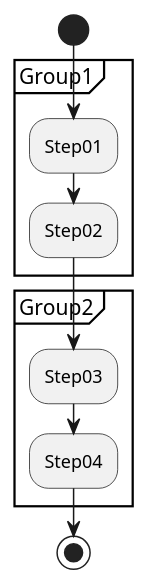
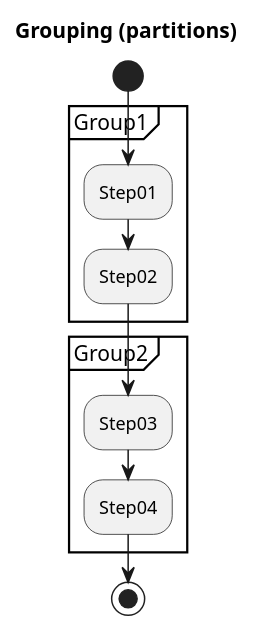
Diagram 18 of 32 in uml_markdown_summary.md (chraxo/UmlMarkdownCheatSheet), drawn with PlantUML before and after one commit. The commit also changed other lines of this file, not shown here.

```diff
--- a/uml_markdown_summary.md
+++ b/uml_markdown_summary.md
@@ -669,12 +672,15 @@
 @startuml
+
+title Grouping (partitions)
+
 start
 partition Group1{
     :Step01;
     :Step02;
 }
 partition Group2{
     :Step03;
     :Step04;
 }
 stop
 @enduml
```
